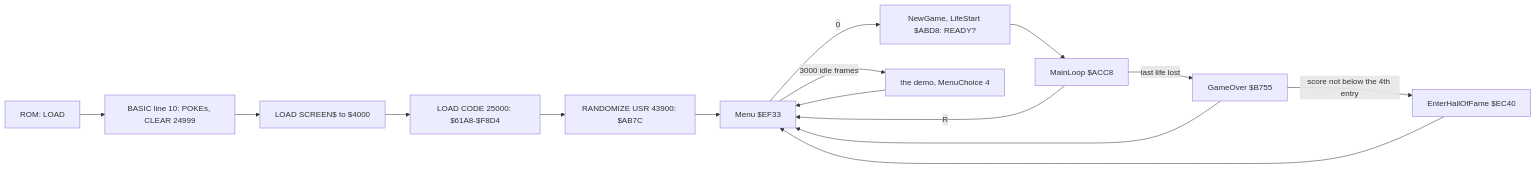
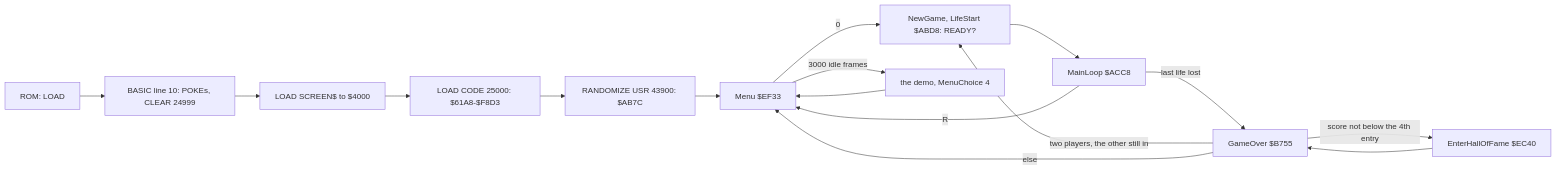
The fourth of 4 diagrams in games/bumpy/docs/02-architecture.md (alfishe/unrealng-reverse-cases), drawn with Mermaid before and after one commit. The commit also changed other lines of this file and 33 other files, not shown here.

````diff
--- a/games/bumpy/docs/02-architecture.md
+++ b/games/bumpy/docs/02-architecture.md
@@ -404,17 +409,18 @@
 ```mermaid
 flowchart LR
     A["ROM: LOAD"] --> B["BASIC line 10: POKEs, CLEAR 24999"]
     B --> C["LOAD SCREEN$ to $4000"]
-    C --> D["LOAD CODE 25000: $61A8-$F8D4"]
+    C --> D["LOAD CODE 25000: $61A8-$F8D3"]
     D --> E["RANDOMIZE USR 43900: $AB7C"]
     E --> F["Menu $EF33"]
     F -->|"0"| G["NewGame, LifeStart $ABD8: READY?"]
     F -->|"3000 idle frames"| H["the demo, MenuChoice 4"]
     H --> F
     G --> I["MainLoop $ACC8"]
     I -->|"last life lost"| J["GameOver $B755"]
     J -->|"score not below the 4th entry"| K["EnterHallOfFame $EC40"]
-    J --> F
-    K --> F
+    K --> J
+    J -->|"two players, the other still in"| G
+    J -->|"else"| F
     I -->|"R"| F
 ```
````
